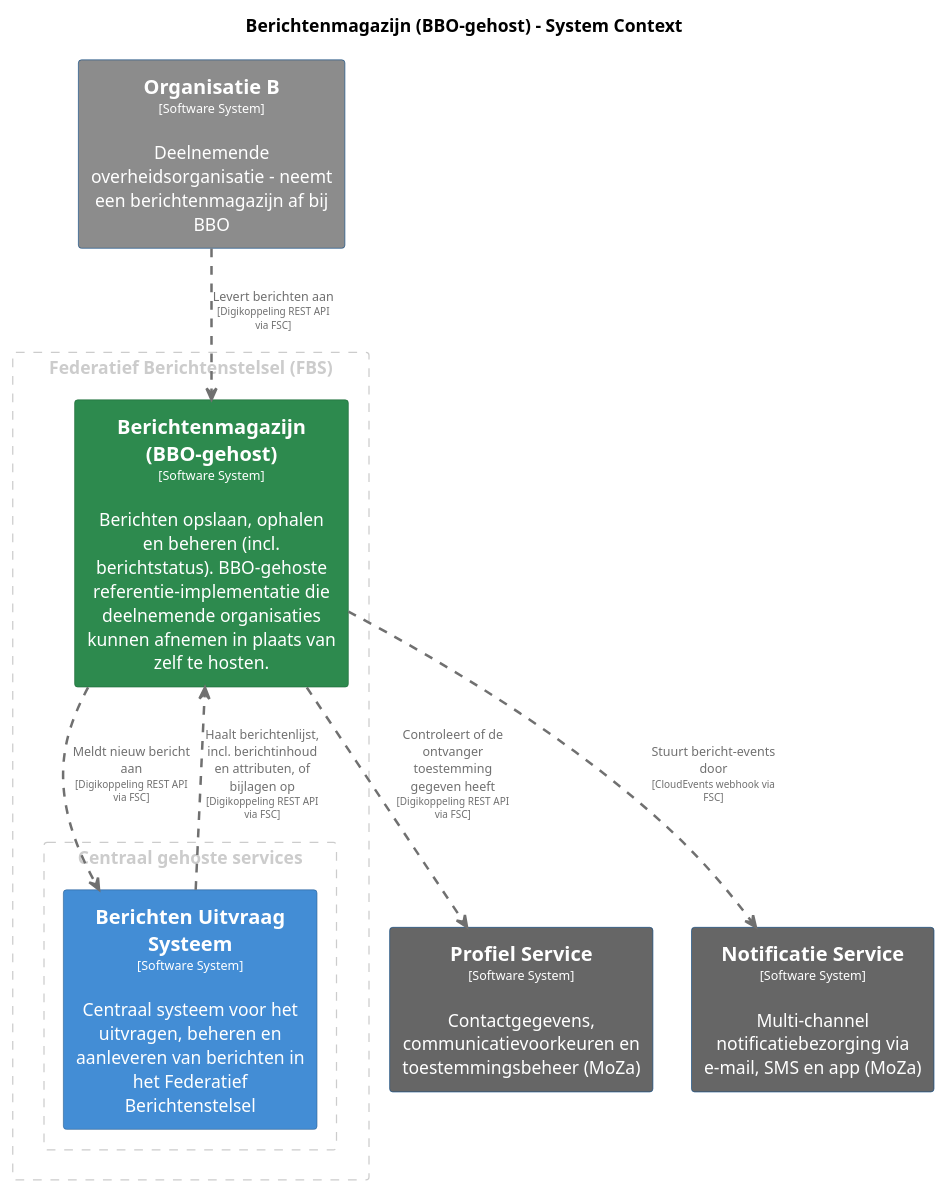
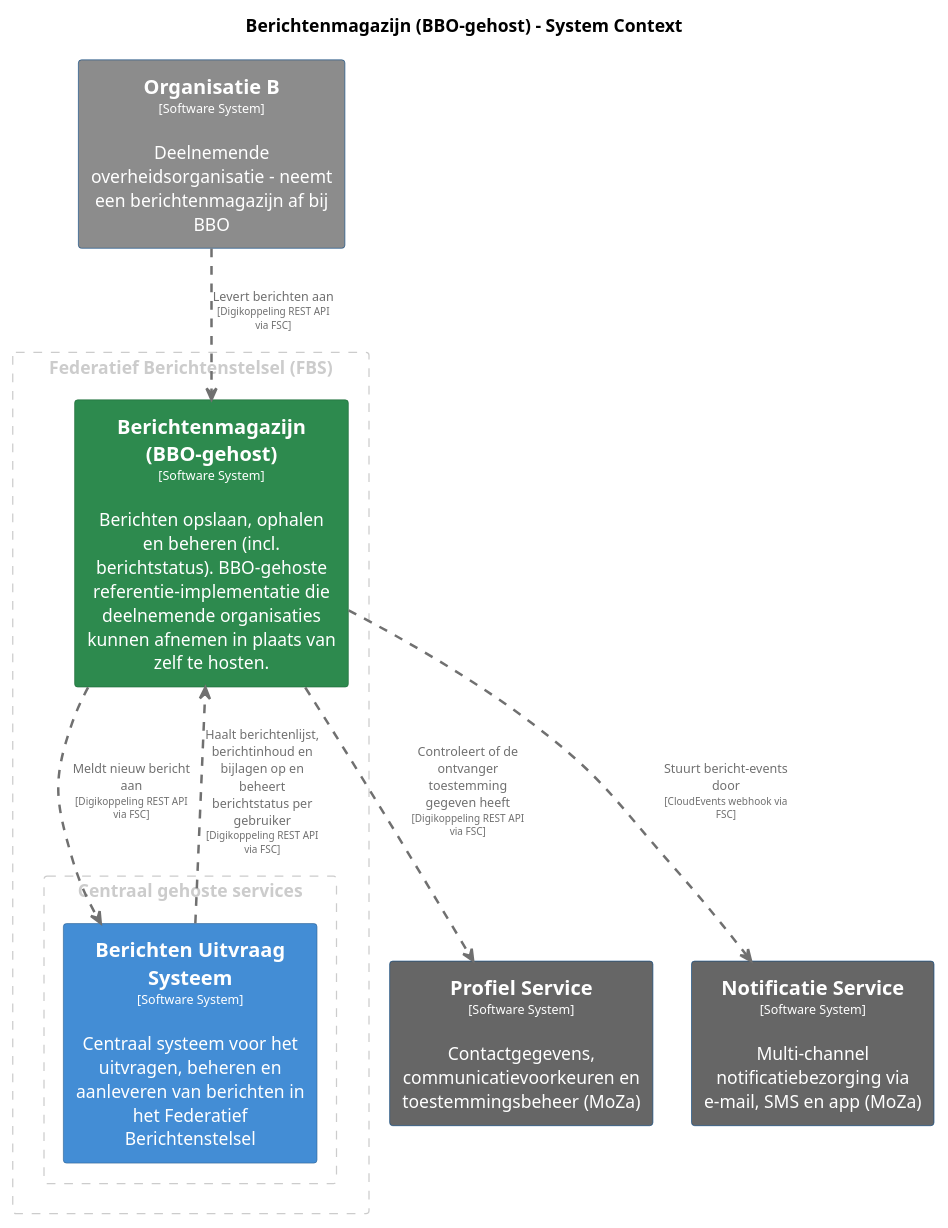
Before and after one commit to MinBZK/moza-poc-fbs-berichtenbox: the diagram in master/puml/Berichtenmagazijn.puml, drawn with PlantUML. The commit also changed 21 other files, not shown here.

```diff
--- a/master/puml/Berichtenmagazijn.puml
+++ b/master/puml/Berichtenmagazijn.puml
@@ -1,74 +1,74 @@
 @startuml
 set separator none
 title Berichtenmagazijn (BBO-gehost) - System Context
 
 top to bottom direction
 skinparam ranksep 60
 skinparam nodesep 30
 
 skinparam {
   arrowFontSize 10
   defaultTextAlignment center
   wrapWidth 200
   maxMessageSize 100
 }
 
 hide stereotype
 
 skinparam rectangle<<BerichtenUitvraagSysteem>> {
   BackgroundColor #438dd5
   FontColor #ffffff
   BorderColor #2e6295
   shadowing false
 }
 skinparam rectangle<<BerichtenmagazijnBBOgehost>> {
   BackgroundColor #2d8a4e
   FontColor #ffffff
   BorderColor #1e6b38
   shadowing false
 }
 skinparam rectangle<<NotificatieService>> {
   BackgroundColor #666666
   FontColor #ffffff
   BorderColor #0b4884
   shadowing false
 }
 skinparam rectangle<<OrganisatieB>> {
   BackgroundColor #8c8c8c
   FontColor #ffffff
   BorderColor #0b4884
   shadowing false
 }
 skinparam rectangle<<ProfielService>> {
   BackgroundColor #666666
   FontColor #ffffff
   BorderColor #0b4884
   shadowing false
 }
 
 rectangle "Federatief Berichtenstelsel (FBS)" <<group1>> as group1 {
   skinparam RectangleBorderColor<<group1>> #cccccc
   skinparam RectangleFontColor<<group1>> #cccccc
   skinparam RectangleBorderStyle<<group1>> dashed
 
   rectangle "==Berichtenmagazijn (BBO-gehost)\n<size:10>[Software System]</size>\n\nBerichten opslaan, ophalen en beheren (incl. berichtstatus). BBO-gehoste referentie-implementatie die deelnemende organisaties kunnen afnemen in plaats van zelf te hosten." <<BerichtenmagazijnBBOgehost>> as BerichtenmagazijnBBOgehost
     rectangle "Centraal gehoste services" <<group2>> as group2 {
       skinparam RectangleBorderColor<<group2>> #cccccc
       skinparam RectangleFontColor<<group2>> #cccccc
       skinparam RectangleBorderStyle<<group2>> dashed
 
       rectangle "==Berichten Uitvraag Systeem\n<size:10>[Software System]</size>\n\nCentraal systeem voor het uitvragen, beheren en aanleveren van berichten in het Federatief Berichtenstelsel" <<BerichtenUitvraagSysteem>> as BerichtenUitvraagSysteem
     }
 
 }
 
 rectangle "==Organisatie B\n<size:10>[Software System]</size>\n\nDeelnemende overheidsorganisatie - neemt een berichtenmagazijn af bij BBO" <<OrganisatieB>> as OrganisatieB
 rectangle "==Profiel Service\n<size:10>[Software System]</size>\n\nContactgegevens, communicatievoorkeuren en toestemmingsbeheer (MoZa)" <<ProfielService>> as ProfielService
 rectangle "==Notificatie Service\n<size:10>[Software System]</size>\n\nMulti-channel notificatiebezorging via e-mail, SMS en app (MoZa)" <<NotificatieService>> as NotificatieService
 
-BerichtenUitvraagSysteem .[#707070,thickness=2].> BerichtenmagazijnBBOgehost : "<color:#707070>Haalt berichtenlijst, incl. berichtinhoud en attributen, of bijlagen op\n<color:#707070><size:8>[Digikoppeling REST API via FSC]</size>"
+BerichtenUitvraagSysteem .[#707070,thickness=2].> BerichtenmagazijnBBOgehost : "<color:#707070>Haalt berichtenlijst, berichtinhoud en bijlagen op en beheert berichtstatus per gebruiker\n<color:#707070><size:8>[Digikoppeling REST API via FSC]</size>"
 BerichtenmagazijnBBOgehost .[#707070,thickness=2].> BerichtenUitvraagSysteem : "<color:#707070>Meldt nieuw bericht aan\n<color:#707070><size:8>[Digikoppeling REST API via FSC]</size>"
 BerichtenmagazijnBBOgehost .[#707070,thickness=2].> NotificatieService : "<color:#707070>Stuurt bericht-events door\n<color:#707070><size:8>[CloudEvents webhook via FSC]</size>"
 OrganisatieB .[#707070,thickness=2].> BerichtenmagazijnBBOgehost : "<color:#707070>Levert berichten aan\n<color:#707070><size:8>[Digikoppeling REST API via FSC]</size>"
 BerichtenmagazijnBBOgehost .[#707070,thickness=2].> ProfielService : "<color:#707070>Controleert of de ontvanger toestemming gegeven heeft\n<color:#707070><size:8>[Digikoppeling REST API via FSC]</size>"
 @enduml
```
